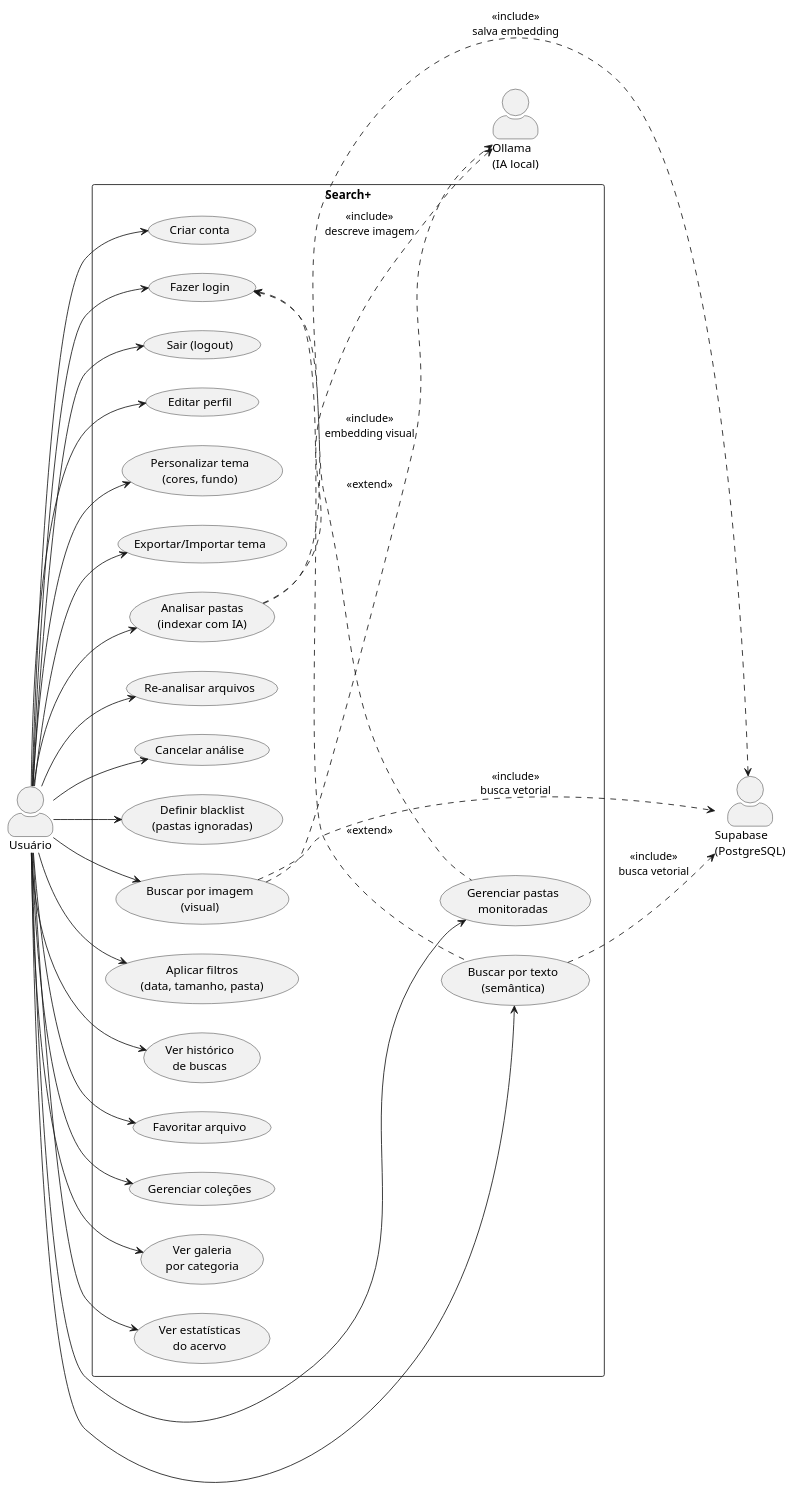
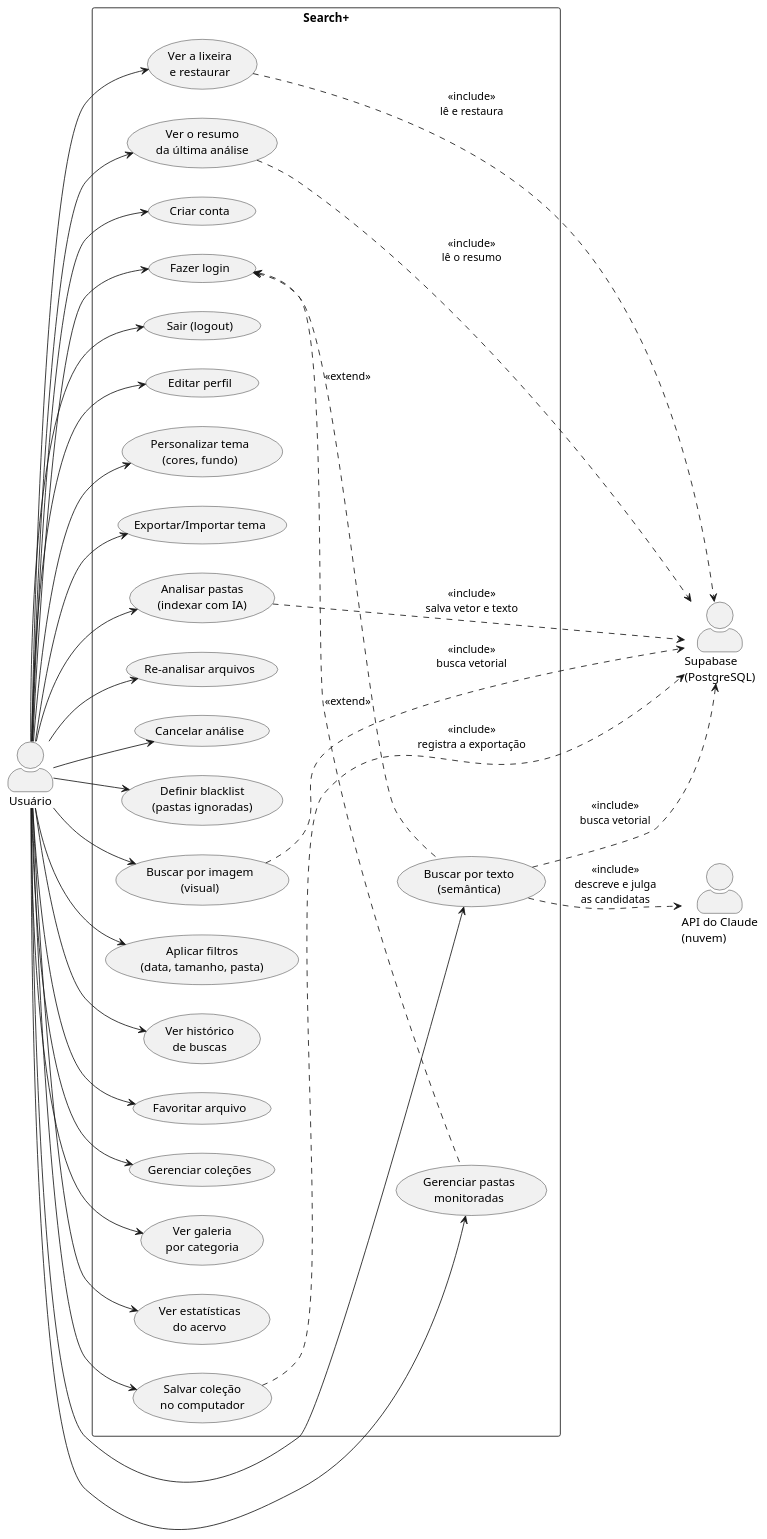
The diagram in docs/01-casos-de-uso.puml (itallolugon/SearchPlus_Prototipo), drawn with PlantUML before and after one commit. The commit also changed 5 other files, not shown here.

```diff
--- a/docs/01-casos-de-uso.puml
+++ b/docs/01-casos-de-uso.puml
@@ -1,76 +1,86 @@
 @startuml CasosDeUso_SearchPlus
 ' Diagrama de Casos de Uso — Search+
 ' Renderize em: https://www.plantuml.com/plantuml  (ou extensão PlantUML no VS Code)
 left to right direction
 skinparam packageStyle rectangle
 skinparam actorStyle awesome
 
 actor "Usuário" as U
 
 ' Atores secundários (sistemas externos)
-actor "Ollama\n(IA local)" as IA
+actor "API do Claude\n(nuvem)" as IA
 actor "Supabase\n(PostgreSQL)" as DB
 
 rectangle "Search+" {
 
   ' --- Conta ---
   usecase "Criar conta" as UC1
   usecase "Fazer login" as UC2
   usecase "Sair (logout)" as UC3
   usecase "Editar perfil" as UC4
   usecase "Personalizar tema\n(cores, fundo)" as UC5
   usecase "Exportar/Importar tema" as UC6
 
   ' --- Pastas e indexação ---
   usecase "Gerenciar pastas\nmonitoradas" as UC7
   usecase "Analisar pastas\n(indexar com IA)" as UC8
   usecase "Re-analisar arquivos" as UC9
   usecase "Cancelar análise" as UC10
   usecase "Definir blacklist\n(pastas ignoradas)" as UC11
 
   ' --- Busca ---
   usecase "Buscar por texto\n(semântica)" as UC12
   usecase "Buscar por imagem\n(visual)" as UC13
   usecase "Aplicar filtros\n(data, tamanho, pasta)" as UC14
   usecase "Ver histórico\nde buscas" as UC15
 
   ' --- Organização ---
   usecase "Favoritar arquivo" as UC16
   usecase "Gerenciar coleções" as UC17
   usecase "Ver galeria\npor categoria" as UC18
   usecase "Ver estatísticas\ndo acervo" as UC19
+  usecase "Salvar coleção\nno computador" as UC20
+  usecase "Ver a lixeira\ne restaurar" as UC21
+  usecase "Ver o resumo\nda última análise" as UC22
 }
 
 ' Relações do usuário
 U --> UC1
 U --> UC2
 U --> UC3
 U --> UC4
 U --> UC5
 U --> UC6
 U --> UC7
 U --> UC8
 U --> UC9
 U --> UC10
 U --> UC11
 U --> UC12
 U --> UC13
 U --> UC14
 U --> UC15
 U --> UC16
 U --> UC17
 U --> UC18
 U --> UC19
+U --> UC20
+U --> UC21
+U --> UC22
 
-' A análise depende da IA (Ollama) e persiste no banco
-UC8 ..> IA : <<include>>\ndescreve imagem
-UC8 ..> DB : <<include>>\nsalva embedding
+' A análise gera vetores locais (CLIP/SBERT) e persiste no banco; a API do
+' Claude entra na BUSCA, descrevendo sob demanda as candidatas sem descrição
+' e julgando quais respondem à frase.
+UC8 ..> DB : <<include>>\nsalva vetor e texto
 UC12 ..> DB : <<include>>\nbusca vetorial
-UC13 ..> IA : <<include>>\nembedding visual
+UC12 ..> IA : <<include>>\ndescreve e julga\nas candidatas
 UC13 ..> DB : <<include>>\nbusca vetorial
+UC20 ..> DB : <<include>>\nregistra a exportação
+UC21 ..> DB : <<include>>\nlê e restaura
+UC22 ..> DB : <<include>>\nlê o resumo
 
 ' Login é pré-requisito das funcionalidades internas
 UC2 <.. UC7 : <<extend>>
 UC2 <.. UC12 : <<extend>>
 
 @enduml
```
